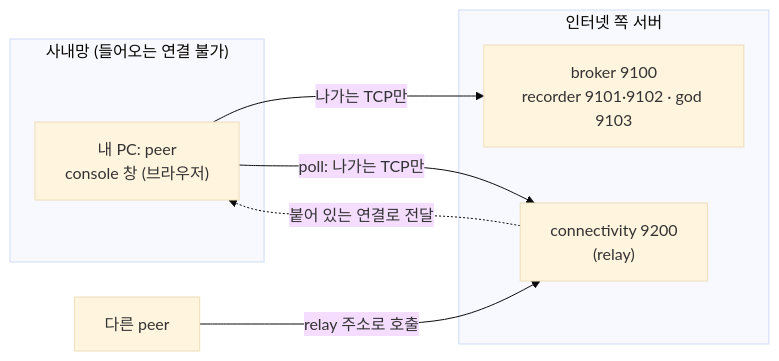
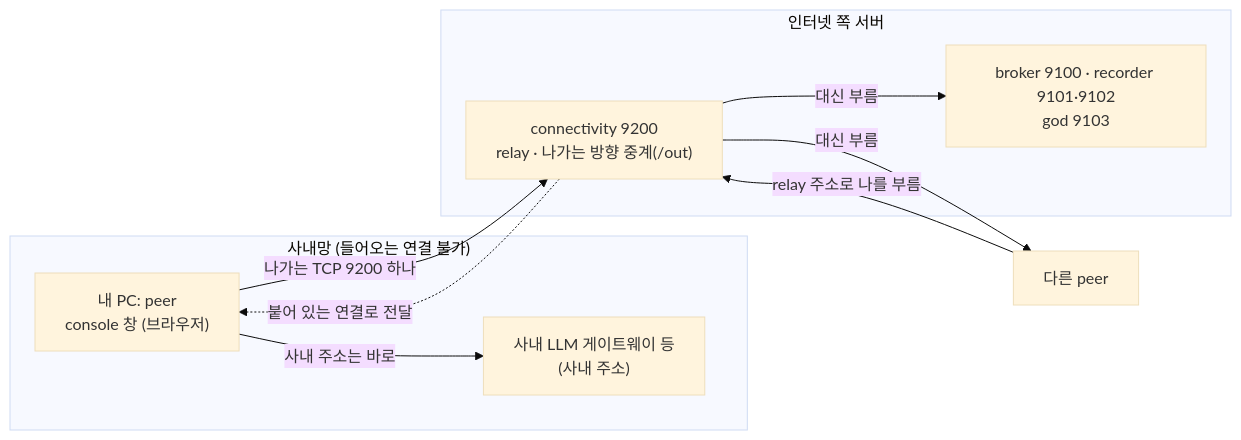
The diagram in docs/peer-manual.md (tanminkwan/share-ur-tokens), drawn with Mermaid (base theme) before and after one commit. The commit also changed other lines of this file and 26 other files, not shown here.

First line of the commit message:
feat(connectivity): 10-F, the way out: a peer behind a relay sends every call of its own through the connectivity server (POST /out), so an internal network needs one firewall opening, port 9200 (user 2026-11-11: "그 프록시 역할도 connectivity가 해주는 것이 well define 아니야?", "남은 곳이 아니라, 그냥 그래야 하는 거잖아")

````diff
--- a/docs/peer-manual.md
+++ b/docs/peer-manual.md
@@ -8,15 +9,18 @@
 ```mermaid
 flowchart LR
     subgraph IN["사내망 (들어오는 연결 불가)"]
         P["내 PC: peer<br/>console 창 (브라우저)"]
+        L["사내 LLM 게이트웨이 등<br/>(사내 주소)"]
     end
     subgraph NET["인터넷 쪽 서버"]
-        B["broker 9100<br/>recorder 9101·9102 · god 9103"]
-        C["connectivity 9200<br/>(relay)"]
+        C["connectivity 9200<br/>relay · 나가는 방향 중계(/out)"]
+        B["broker 9100 · recorder 9101·9102<br/>god 9103"]
     end
     O["다른 peer"]
-    P -- "나가는 TCP만" --> B
-    P -- "poll: 나가는 TCP만" --> C
-    O -- "relay 주소로 호출" --> C
+    P -- "나가는 TCP 9200 하나" --> C
+    C -- "대신 부름" --> B
+    C -- "대신 부름" --> O
+    O -- "relay 주소로 나를 부름" --> C
     C -. "붙어 있는 연결로 전달" .-> P
+    P -- "사내 주소는 바로" --> L
 ```
````
